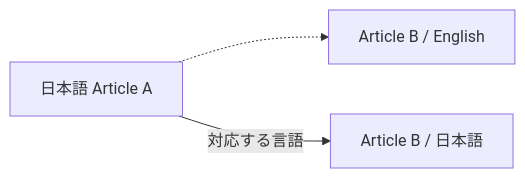
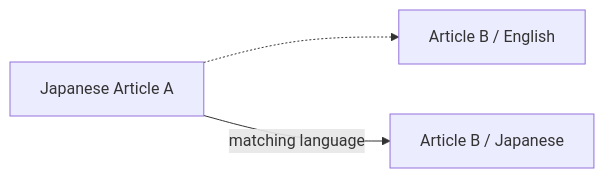
Before and after one commit to Rerurate514/riebeckite: the fifth of 6 diagrams in docs/docs/guides/localization.md, drawn with Mermaid. The commit also changed other lines of this file and 604 other files, not shown here.

````diff
--- a/docs/docs/guides/localization.md
+++ b/docs/docs/guides/localization.md
@@ -293,9 +260,9 @@
 ```mermaid
 flowchart LR
-    JA1["日本語 Article A"]
+    JA1["Japanese Article A"]
     EN2["Article B / English"]
-    JA2["Article B / 日本語"]
+    JA2["Article B / Japanese"]
 
     JA1 -.-> EN2
-    JA1 -->|"対応する言語"| JA2
+    JA1 -->|"matching language"| JA2
 ```
````
